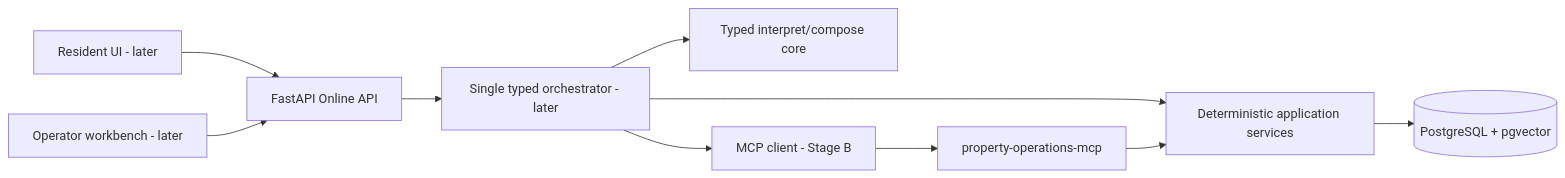
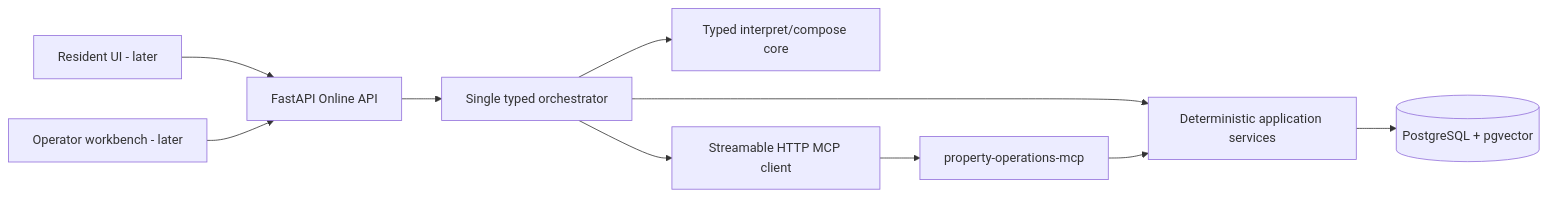
One commit to zzhou854/fixflow changed the diagram in docs/ARCHITECTURE.md. Above: the diagram before and after it, drawn with Mermaid. The commit also changed other lines of this file and 56 other files, not shown here.

````diff
--- a/docs/ARCHITECTURE.md
+++ b/docs/ARCHITECTURE.md
@@ -5,12 +5,12 @@
 ```mermaid
 flowchart LR
     Resident["Resident UI - later"] --> API["FastAPI Online API"]
     Operator["Operator workbench - later"] --> API
-    API --> Orchestrator["Single typed orchestrator - later"]
+    API --> Orchestrator["Single typed orchestrator"]
     Orchestrator --> Services["Deterministic application services"]
     Orchestrator --> LLM["Typed interpret/compose core"]
-    Orchestrator --> MCPClient["MCP client - Stage B"]
+    Orchestrator --> MCPClient["Streamable HTTP MCP client"]
     MCPClient --> MCP["property-operations-mcp"]
     MCP --> Services
     Services --> PostgreSQL[("PostgreSQL + pgvector")]
 ```
````
